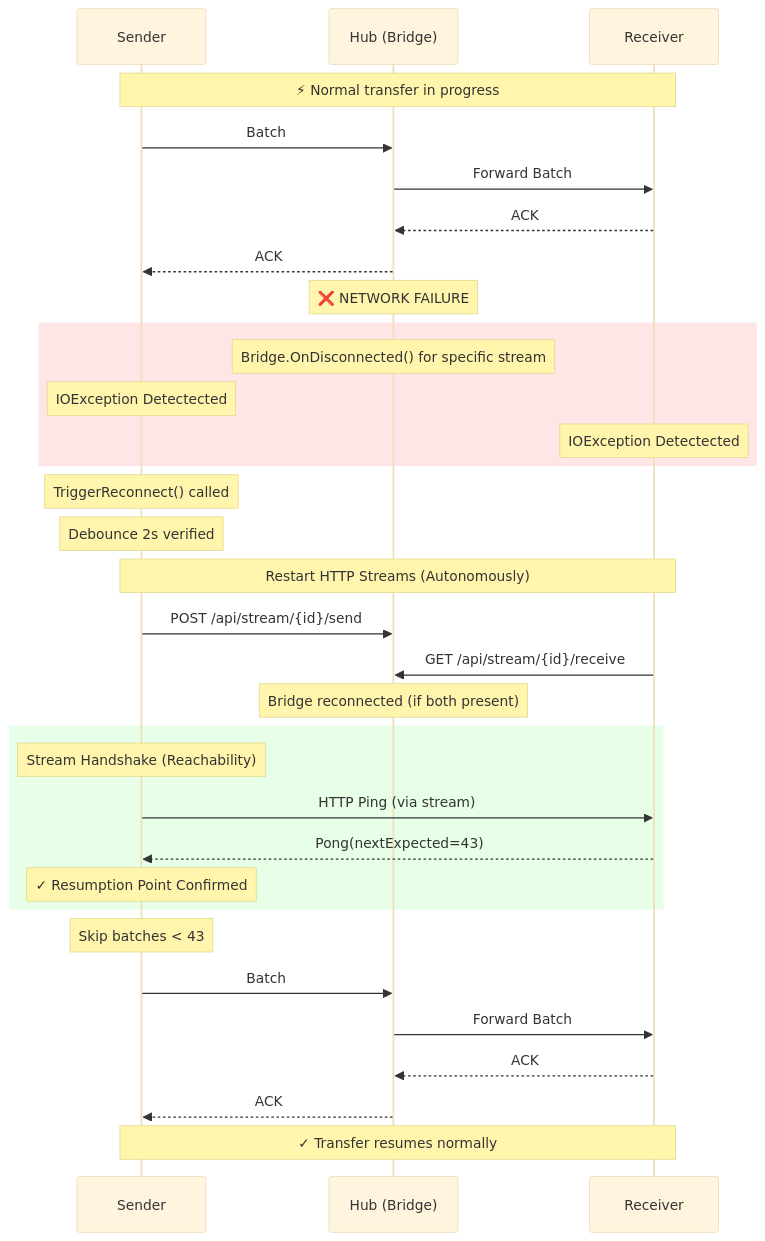
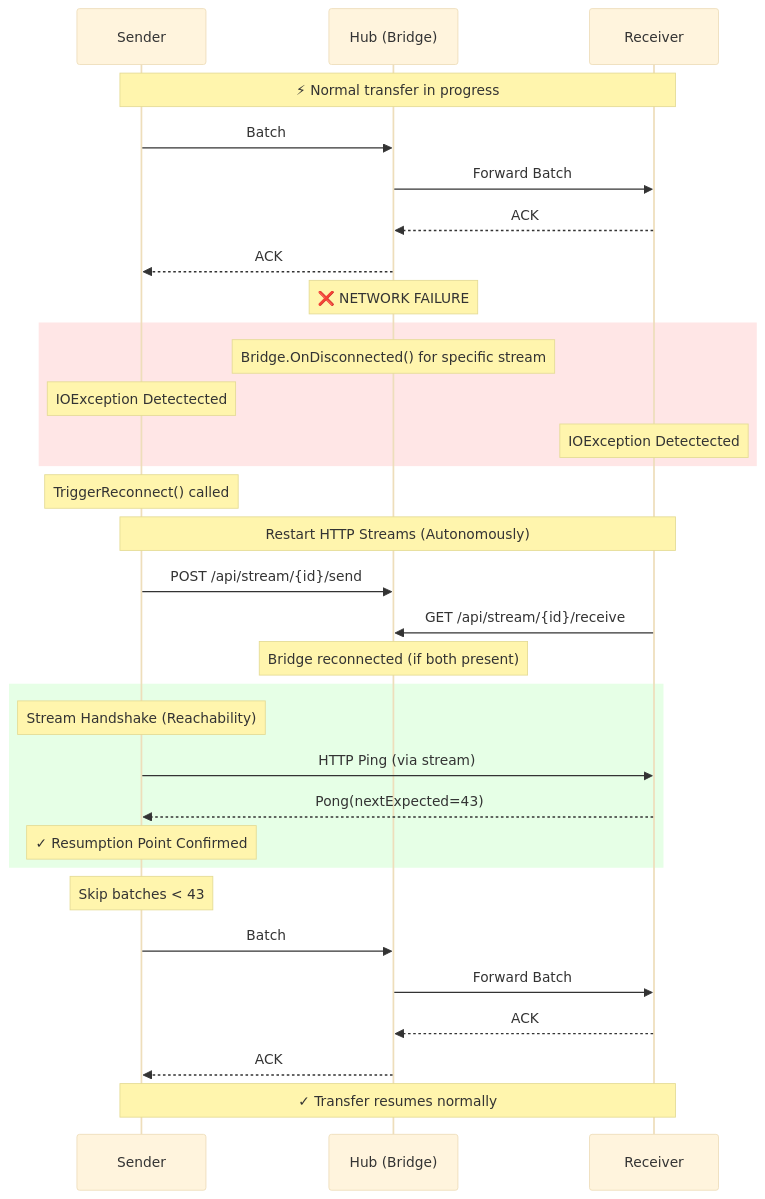
One commit to nicopon/transportr changed the first of 3 diagrams in ResilienceArchitecture.md. Above: the diagram before and after it, drawn with Mermaid (base theme). The commit also changed other lines of this file and 5 other files, not shown here.

````diff
--- a/ResilienceArchitecture.md
+++ b/ResilienceArchitecture.md
@@ -30,46 +30,45 @@
 ```mermaid
 sequenceDiagram
     participant S as Sender
     participant H as Hub (Bridge)
     participant R as Receiver
 
     Note over S,R: ⚡ Normal transfer in progress
 
     S->>H: Batch #42
     H->>R: Forward Batch #42
     R-->>H: ACK #42
     H-->>S: ACK #42
 
     Note over H: ❌ NETWORK FAILURE
 
     rect rgb(255, 230, 230)
         Note over H: Bridge.OnDisconnected() for specific stream
         Note over S: IOException Detectected
         Note over R: IOException Detectected
     end
 
     Note over S: TriggerReconnect() called
-    Note over S: Debounce 2s verified
 
     Note over S,R: Restart HTTP Streams (Autonomously)
 
     S->>H: POST /api/stream/{id}/send
     R->>H: GET /api/stream/{id}/receive
     Note over H: Bridge reconnected (if both present)
 
     rect rgb(230, 255, 230)
         Note over S: Stream Handshake (Reachability)
         S->>R: HTTP Ping (via stream)
         R-->>S: Pong(nextExpected=43)
         Note over S: ✓ Resumption Point Confirmed
     end
 
     Note over S: Skip batches < 43
 
     S->>H: Batch #43 (resend)
     H->>R: Forward Batch #43
     R-->>H: ACK #43
     H-->>S: ACK #43
 
     Note over S,R: ✓ Transfer resumes normally
 ```
````
